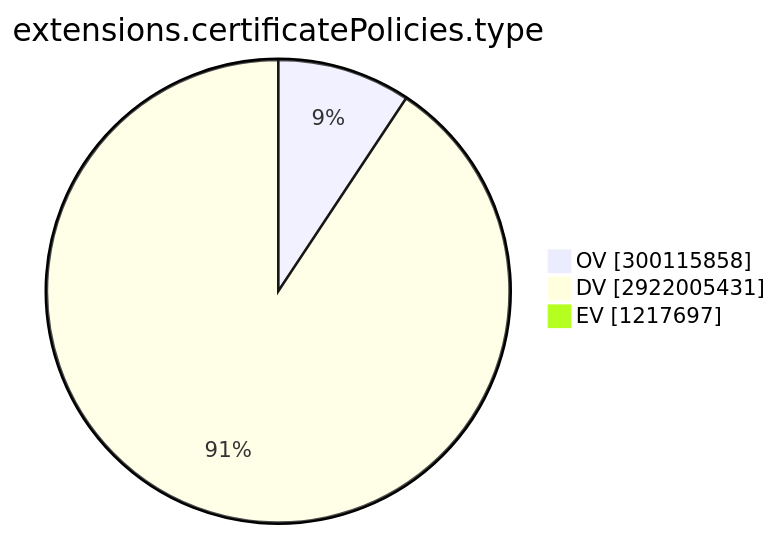
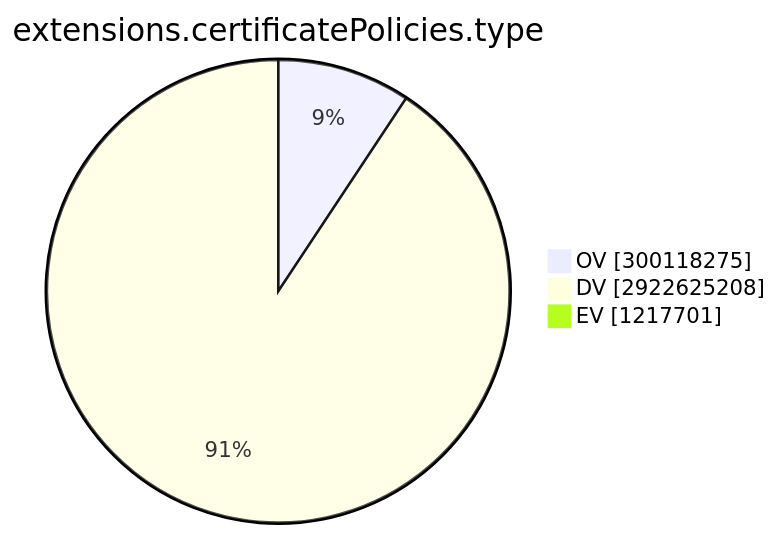
The ninth of 15 diagrams in TOTAL/README.md (christiankrug/ctmonitor_visualization), drawn with Mermaid before and after one commit. The commit also changed other lines of this file, not shown here.

````diff
--- a/TOTAL/README.md
+++ b/TOTAL/README.md
@@ -3101,7 +3101,7 @@
 ```mermaid
 pie showData
 title extensions.certificatePolicies.type
-"OV" :300115858
-"DV" :2922005431
-"EV" :1217697
+"OV" :300118275
+"DV" :2922625208
+"EV" :1217701
 ```
````
